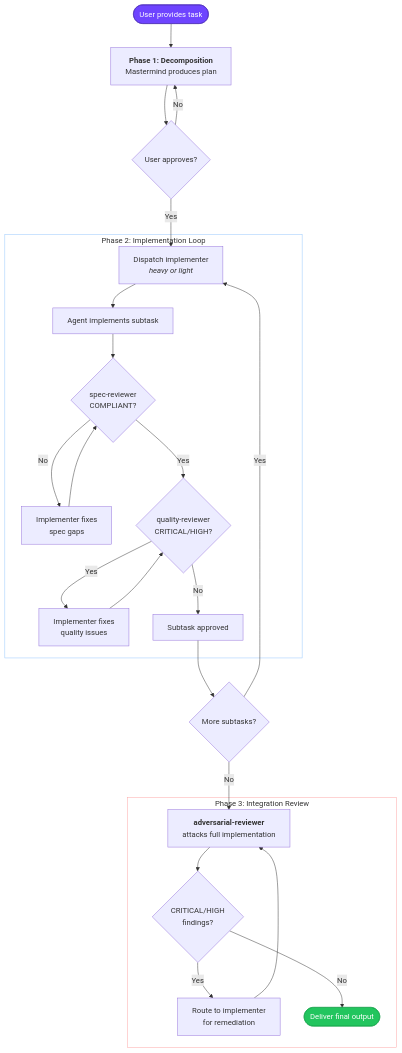
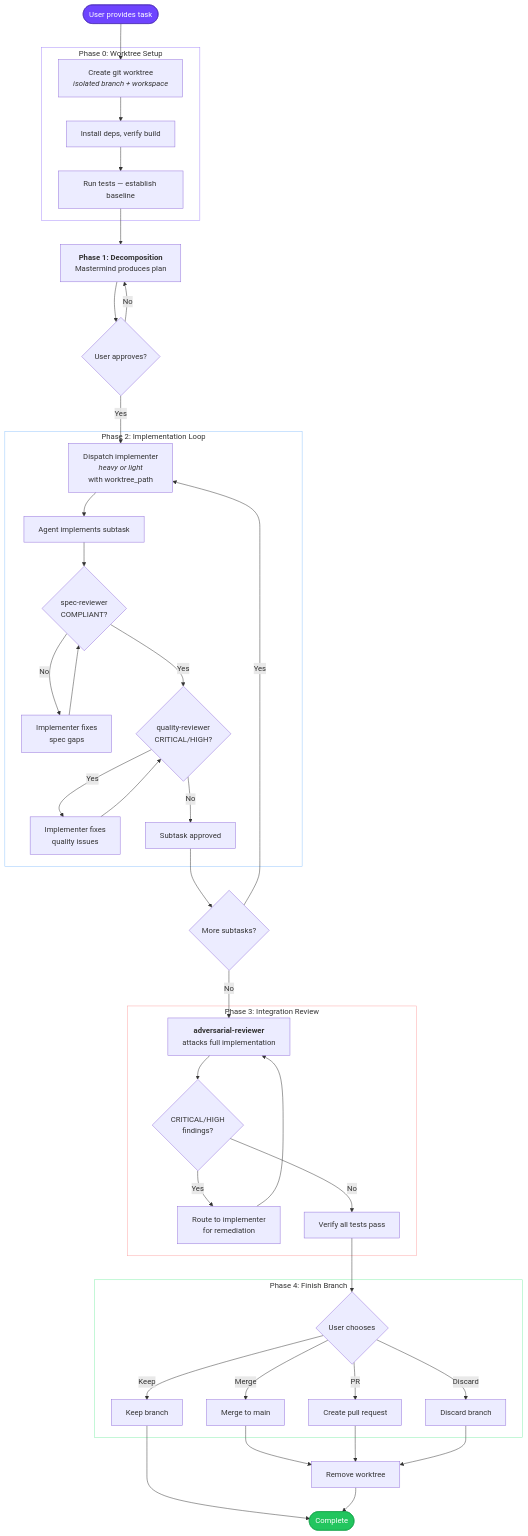
The second of 2 diagrams in README.md (citizen-123/code-puppy-agents), drawn with Mermaid before and after one commit. The commit also changed other lines of this file and 6 other files, not shown here.

First line of the commit message:
Enforce git worktree workflow across all agents

````diff
--- a/README.md
+++ b/README.md
@@ -45,36 +45,57 @@
 ```mermaid
 flowchart TD
-    START(["User provides task"]) --> PLAN
+    START(["User provides task"]) --> WORKTREE
+
+    subgraph phase0 ["Phase 0: Worktree Setup"]
+        WORKTREE["Create git worktree<br/><i>isolated branch + workspace</i>"] --> DEPS["Install deps, verify build"]
+        DEPS --> BASELINE["Run tests — establish baseline"]
+    end
+
+    BASELINE --> PLAN
     PLAN["<b>Phase 1: Decomposition</b><br/>Mastermind produces plan"] --> APPROVE{User approves?}
     APPROVE -- "No" --> PLAN
     APPROVE -- "Yes" --> DISPATCH
 
     subgraph phase2 ["Phase 2: Implementation Loop"]
-        DISPATCH["Dispatch implementer<br/><i>heavy or light</i>"] --> IMPL["Agent implements subtask"]
+        DISPATCH["Dispatch implementer<br/><i>heavy or light</i><br/>with worktree_path"] --> IMPL["Agent implements subtask"]
         IMPL --> SPEC{"spec-reviewer<br/>COMPLIANT?"}
         SPEC -- "No" --> REVISE_SPEC["Implementer fixes<br/>spec gaps"]
         REVISE_SPEC --> SPEC
         SPEC -- "Yes" --> QUAL{"quality-reviewer<br/>CRITICAL/HIGH?"}
         QUAL -- "Yes" --> REVISE_QUAL["Implementer fixes<br/>quality issues"]
         REVISE_QUAL --> QUAL
         QUAL -- "No" --> DONE_SUB["Subtask approved"]
     end
 
     DONE_SUB --> MORE{More subtasks?}
     MORE -- "Yes" --> DISPATCH
     MORE -- "No" --> INTEGRATION
 
     subgraph phase3 ["Phase 3: Integration Review"]
         INTEGRATION["<b>adversarial-reviewer</b><br/>attacks full implementation"] --> PASS{CRITICAL/HIGH<br/>findings?}
         PASS -- "Yes" --> FIX["Route to implementer<br/>for remediation"]
         FIX --> INTEGRATION
-        PASS -- "No" --> DELIVER
+        PASS -- "No" --> FINISH
     end
 
-    DELIVER(["Deliver final output"])
+    subgraph phase4 ["Phase 4: Finish Branch"]
+        FINISH["Verify all tests pass"] --> CHOICE{User chooses}
+        CHOICE -- "Merge" --> MERGE["Merge to main"]
+        CHOICE -- "PR" --> PR["Create pull request"]
+        CHOICE -- "Keep" --> KEEP["Keep branch"]
+        CHOICE -- "Discard" --> DISCARD["Discard branch"]
+    end
+
+    MERGE --> CLEANUP
+    PR --> CLEANUP
+    KEEP --> DONE
+    DISCARD --> CLEANUP
+    CLEANUP["Remove worktree"] --> DONE(["Complete"])
 
     style START fill:#6e44ff,stroke:#4a2db5,color:#fff
-    style DELIVER fill:#22c55e,stroke:#16a34a,color:#fff
+    style DONE fill:#22c55e,stroke:#16a34a,color:#fff
+    style phase0 fill:transparent,stroke:#a78bfa
     style phase2 fill:transparent,stroke:#93c5fd
     style phase3 fill:transparent,stroke:#fca5a5
+    style phase4 fill:transparent,stroke:#86efac
 ```
````
